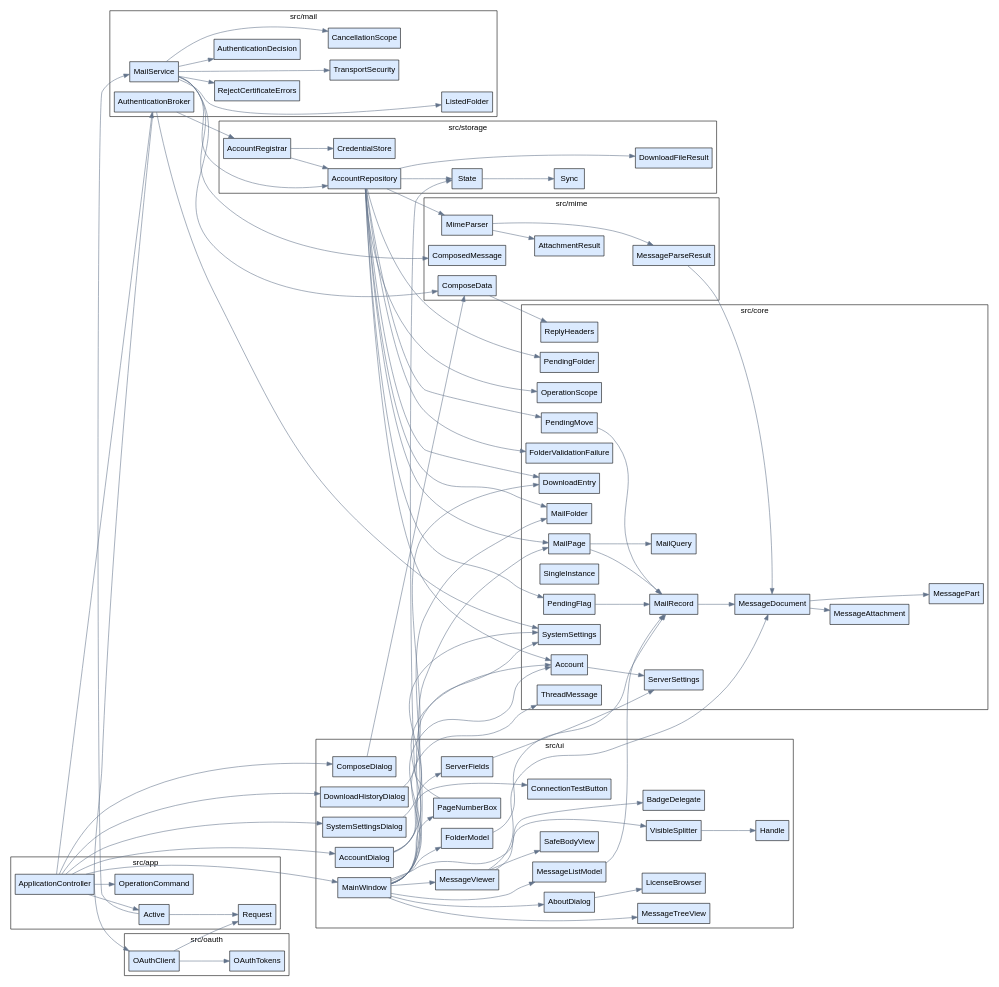
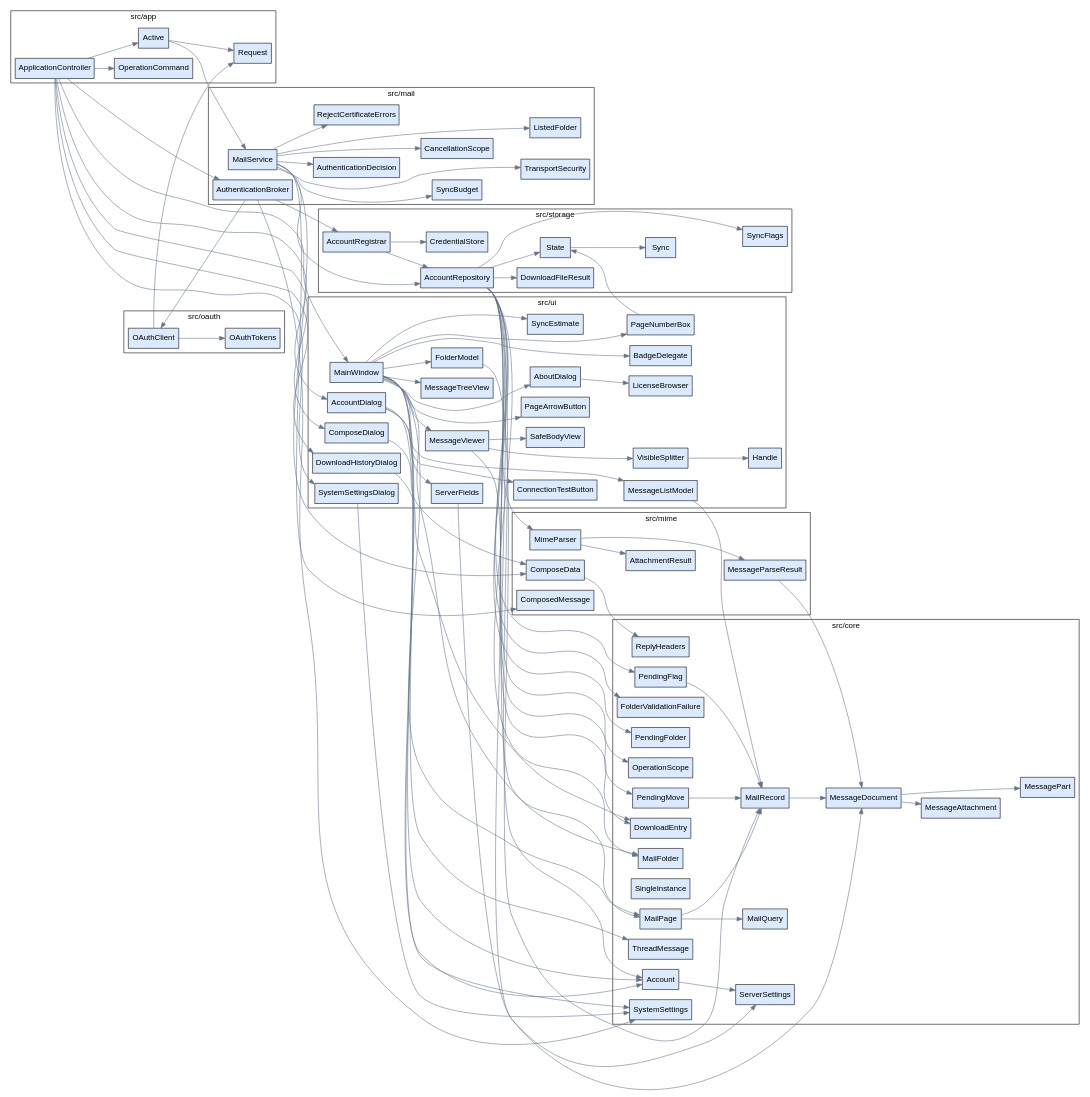
Before and after one commit to Kiterai/SmoothMail: the diagram in docs/dev/architecture/classes.dot, drawn with Graphviz. The commit also changed 5 other files, not shown here.

Commit message:
アーキテクチャ図の反映

```diff
--- a/docs/dev/architecture/classes.dot
+++ b/docs/dev/architecture/classes.dot
@@ -73,6 +73,8 @@
 			label=MailService];
 		"smoothmail::RejectCertificateErrors"	[fillcolor="#dbeafe",
 			label=RejectCertificateErrors];
+		"smoothmail::SyncBudget"	[fillcolor="#dbeafe",
+			label=SyncBudget];
 		"smoothmail::TransportSecurity"	[fillcolor="#dbeafe",
 			label=TransportSecurity];
 	}
@@ -106,6 +108,8 @@
 			label=State];
 		"smoothmail::AccountRepository::State::Sync"	[fillcolor="#dbeafe",
 			label=Sync];
+		"smoothmail::AccountRepository::SyncFlags"	[fillcolor="#dbeafe",
+			label=SyncFlags];
 		"smoothmail::CredentialStore"	[fillcolor="#dbeafe",
 			label=CredentialStore];
 		"smoothmail::DownloadFileResult"	[fillcolor="#dbeafe",
@@ -133,12 +137,16 @@
 			label=LicenseBrowser];
 		"smoothmail::MainWindow"	[fillcolor="#dbeafe",
 			label=MainWindow];
+		"smoothmail::MainWindow::SyncEstimate"	[fillcolor="#dbeafe",
+			label=SyncEstimate];
 		"smoothmail::MessageListModel"	[fillcolor="#dbeafe",
 			label=MessageListModel];
 		"smoothmail::MessageTreeView"	[fillcolor="#dbeafe",
 			label=MessageTreeView];
 		"smoothmail::MessageViewer"	[fillcolor="#dbeafe",
 			label=MessageViewer];
+		"smoothmail::PageArrowButton"	[fillcolor="#dbeafe",
+			label=PageArrowButton];
 		"smoothmail::PageNumberBox"	[fillcolor="#dbeafe",
 			label=PageNumberBox];
 		"smoothmail::SafeBodyView"	[fillcolor="#dbeafe",
@@ -175,9 +183,10 @@
 	"smoothmail::MailService" -> "smoothmail::CancellationScope"	[minlen=2];
 	"smoothmail::MailService" -> "smoothmail::ListedFolder"	[minlen=3];
 	"smoothmail::MailService" -> "smoothmail::RejectCertificateErrors"	[minlen=1];
-	"smoothmail::MailService" -> "smoothmail::TransportSecurity"	[minlen=2];
+	"smoothmail::MailService" -> "smoothmail::SyncBudget"	[minlen=2];
+	"smoothmail::MailService" -> "smoothmail::TransportSecurity"	[minlen=3];
 	"smoothmail::MailService" -> "smoothmail::ComposeData";
-	"smoothmail::MailService" -> "smoothmail::ComposedMessage"	[minlen=3];
+	"smoothmail::MailService" -> "smoothmail::ComposedMessage"	[minlen=1];
 	"smoothmail::MailService" -> "smoothmail::AccountRepository";
 	"smoothmail::ComposeData" -> "smoothmail::ReplyHeaders"	[minlen=1];
 	"smoothmail::MessageParseResult" -> "smoothmail::MessageDocument";
@@ -198,7 +207,8 @@
 	"smoothmail::AccountRepository" -> "smoothmail::diagnostics::OperationScope"	[minlen=2];
 	"smoothmail::AccountRepository" -> "smoothmail::MimeParser";
 	"smoothmail::AccountRepository" -> "smoothmail::AccountRepository::State";
-	"smoothmail::AccountRepository" -> "smoothmail::DownloadFileResult"	[minlen=3];
+	"smoothmail::AccountRepository" -> "smoothmail::AccountRepository::SyncFlags"	[minlen=3];
+	"smoothmail::AccountRepository" -> "smoothmail::DownloadFileResult"	[minlen=1];
 	"smoothmail::AccountRepository::State" -> "smoothmail::AccountRepository::State::Sync"	[minlen=1];
 	"smoothmail::AboutDialog" -> "smoothmail::LicenseBrowser"	[minlen=1];
 	"smoothmail::AccountDialog" -> "smoothmail::Account";
@@ -216,10 +226,12 @@
 	"smoothmail::MainWindow" -> "smoothmail::AboutDialog"	[minlen=2];
 	"smoothmail::MainWindow" -> "smoothmail::BadgeDelegate"	[minlen=3];
 	"smoothmail::MainWindow" -> "smoothmail::FolderModel"	[minlen=1];
-	"smoothmail::MainWindow" -> "smoothmail::MessageListModel"	[minlen=2];
-	"smoothmail::MainWindow" -> "smoothmail::MessageTreeView"	[minlen=3];
+	"smoothmail::MainWindow" -> "smoothmail::MainWindow::SyncEstimate"	[minlen=2];
+	"smoothmail::MainWindow" -> "smoothmail::MessageListModel"	[minlen=3];
+	"smoothmail::MainWindow" -> "smoothmail::MessageTreeView"	[minlen=1];
 	"smoothmail::MainWindow" -> "smoothmail::MessageViewer";
-	"smoothmail::MainWindow" -> "smoothmail::PageNumberBox"	[minlen=1];
+	"smoothmail::MainWindow" -> "smoothmail::PageArrowButton"	[minlen=2];
+	"smoothmail::MainWindow" -> "smoothmail::PageNumberBox"	[minlen=3];
 	"smoothmail::MessageListModel" -> "smoothmail::MailRecord";
 	"smoothmail::MessageViewer" -> "smoothmail::MessageDocument";
 	"smoothmail::MessageViewer" -> "smoothmail::SafeBodyView"	[minlen=1];
```
